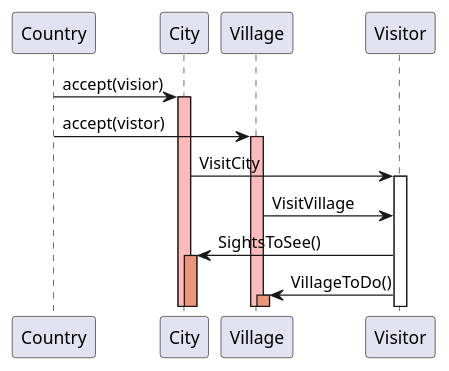
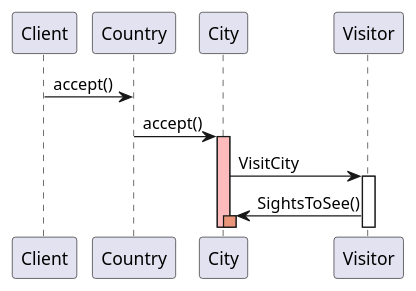
The diagram in doc/visitor/sequence_visitor.puml (sabrusrin/wildberries), drawn with PlantUML before and after one commit. The commit also changed 9 other files, not shown here.

```diff
--- a/doc/visitor/sequence_visitor.puml
+++ b/doc/visitor/sequence_visitor.puml
@@ -1,14 +1,10 @@
 @startuml
-Country -> City:accept(visior)
+Client -> Country:accept()
+Country -> City:accept()
 activate City #FFBBBB
-Country -> Village:accept(vistor)
-activate Village #FFBBBB
 City -> Visitor:VisitCity
 activate Visitor
-Village -> Visitor:VisitVillage
 Visitor -> City:SightsToSee()
 activate City #DarkSalmon
-Visitor -> Village:VillageToDo()
-activate Village  #DarkSalmon
 
 @enduml
```
